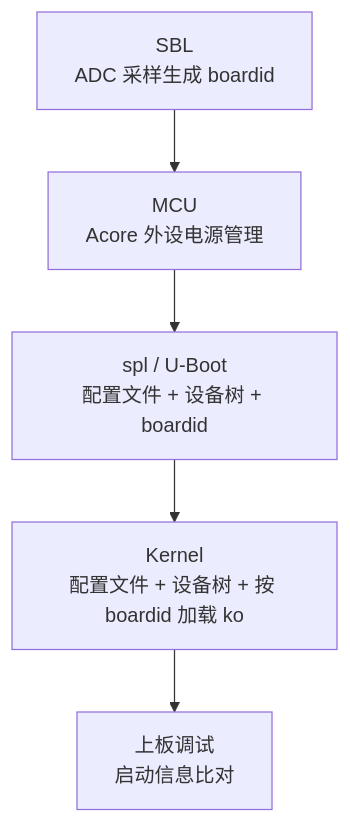
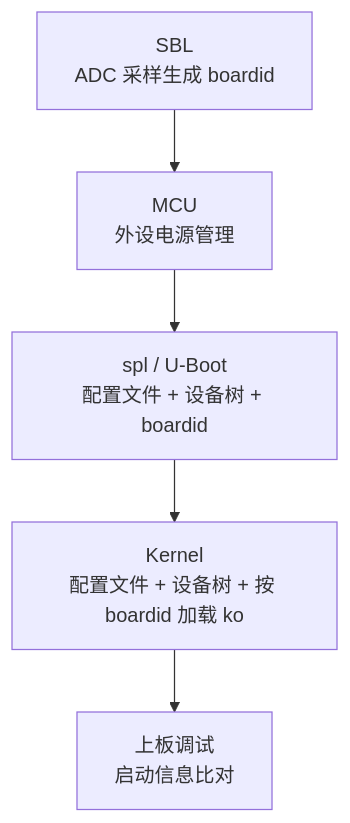
One commit to D-Robotics/rdk_s_doc changed the diagram in docs/07_Advanced_development/02_board_bringup/01_rdk_s100_bringup.md. Above: the diagram before and after it, drawn with Mermaid. The commit also changed other lines of this file and 1 other file, not shown here.

First line of the commit message:
docs(board_bringup): [cr_id_skip] Add boardid detail, ADC divider tables and FAQ

````diff
--- a/docs/07_Advanced_development/02_board_bringup/01_rdk_s100_bringup.md
+++ b/docs/07_Advanced_development/02_board_bringup/01_rdk_s100_bringup.md
@@ -35,7 +119,7 @@
 ```mermaid
 flowchart TD
-    A["SBL<br/>ADC 采样生成 boardid"] --> B["MCU<br/>Acore 外设电源管理"]
+    A["SBL<br/>ADC 采样生成 boardid"] --> B["MCU<br/>外设电源管理"]
     B --> C["spl / U-Boot<br/>配置文件 + 设备树 + boardid"]
     C --> D["Kernel<br/>配置文件 + 设备树 + 按 boardid 加载 ko"]
     D --> E["上板调试<br/>启动信息比对"]
 ```
````
